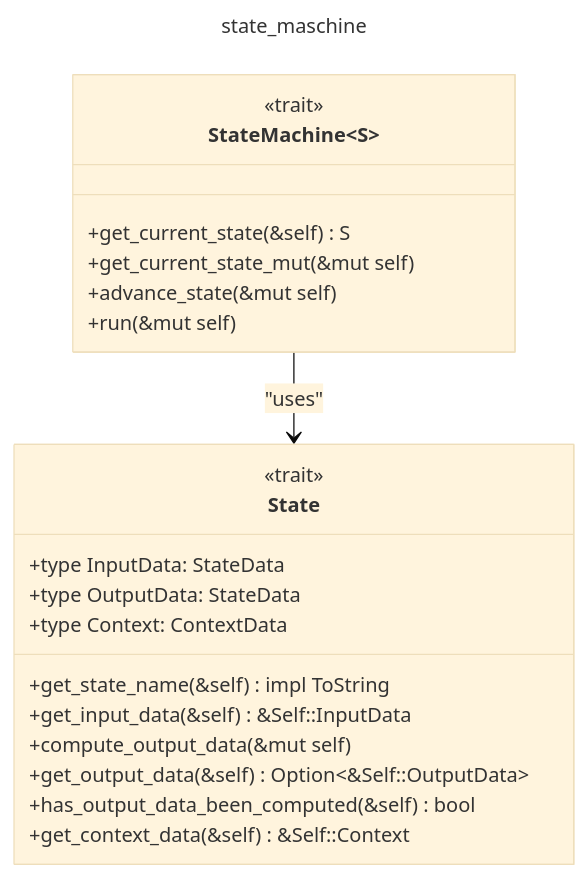
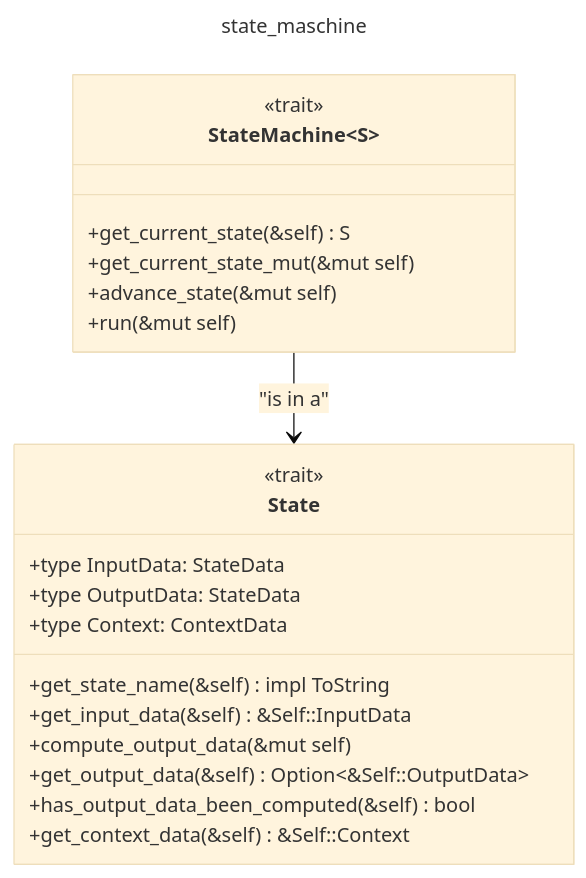
One commit to ironcapitaleu/arkad changed the diagram in state_machine/design/uml_class_diagram/state_machine_framework_design.md. Above: the diagram before and after it, drawn with Mermaid (base theme).

Commit message:
design: add comments for clarification

````diff
--- a/state_machine/design/uml_class_diagram/state_machine_framework_design.md
+++ b/state_machine/design/uml_class_diagram/state_machine_framework_design.md
@@ -1,36 +1,37 @@
 ```mermaid
 ---
 title: state_maschine
 ---
 classDiagram
     class StateMachine~S~{
         <<trait>>
         %% This is a trait that represents a `StateMachine`.
 
         %% These are the trait methods that must be implemented by any `StateMachine`.
         +get_current_state(&self) S
         +get_current_state_mut(&mut self)
         +advance_state(&mut self)
         +run(&mut self)
     }
 
     class State {
         <<trait>>
         %% This is a trait that represents a `State` in the `StateMachine`.
 
         %% These are the associated types that represent the data associated with a `State`inside a `StateMachine' represents the data associated with a `State`.
         +type InputData: StateData
         +type OutputData: StateData
         +type Context: ContextData
 
         %% These are the trait methods that must be implemented by any `State` in the `StateMachine`.
         +get_state_name(&self) impl ToString
         +get_input_data(&self) &Self::InputData
         +compute_output_data(&mut self)
         +get_output_data(&self) Option<&Self::OutputData>
         +has_output_data_been_computed(&self) bool
         +get_context_data(&self) &Self::Context
     }
 
-    StateMachine --> State : "uses"
+    %% A `StateMachine` is defined to always be in one out of many `State`s.
+    StateMachine --> State : "is in a"
 ```
````
